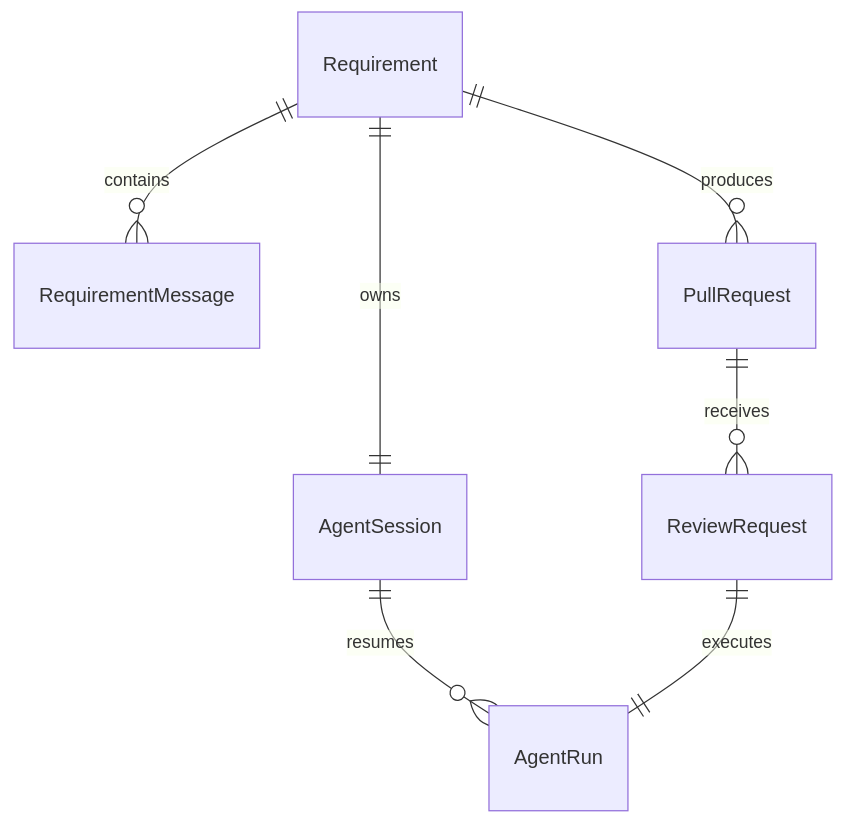
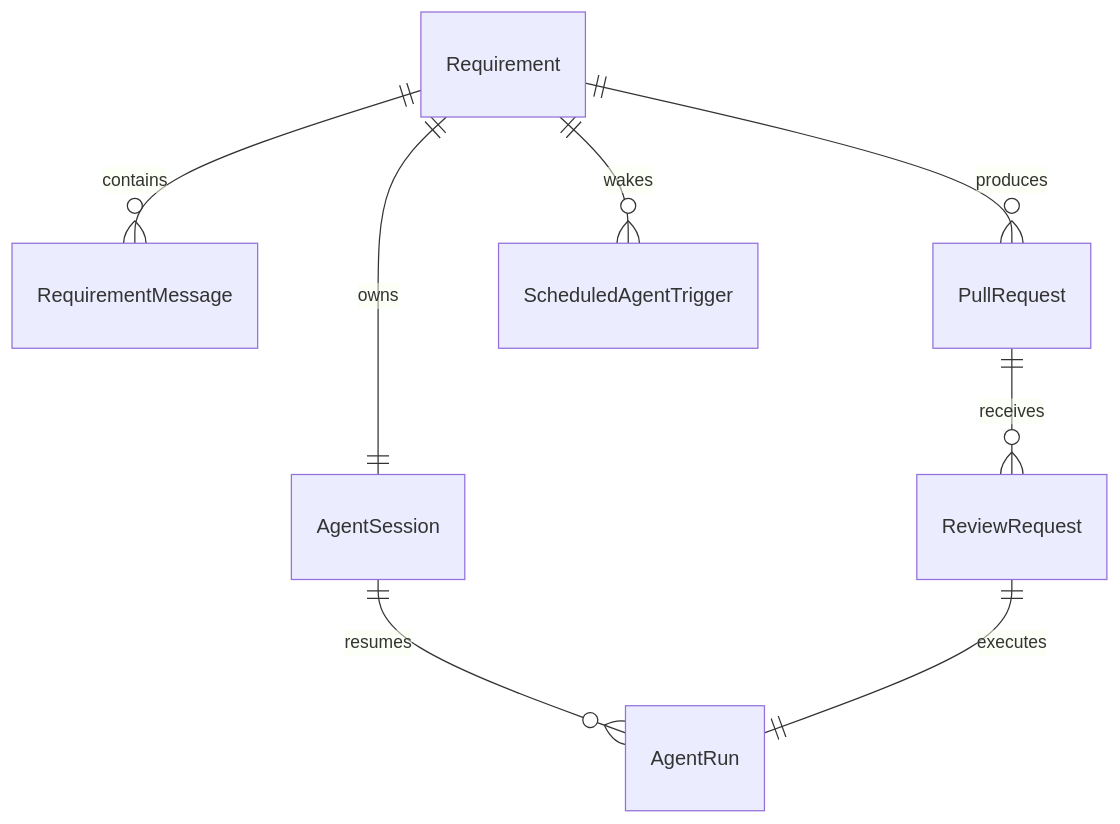
Before and after one commit to luohaha/code-factory: the first of 2 diagrams in docs/architecture.en.md, drawn with Mermaid. The commit also changed other lines of this file and 22 other files, not shown here.

Commit message:
feat: add scheduled agent wake-up timers

```diff
--- a/docs/architecture.en.md
+++ b/docs/architecture.en.md
@@ -15,9 +15,10 @@
 ~~~mermaid
 erDiagram
   Requirement ||--|| AgentSession : owns
   Requirement ||--o{ RequirementMessage : contains
   Requirement ||--o{ PullRequest : produces
+  Requirement ||--o{ ScheduledAgentTrigger : wakes
   AgentSession ||--o{ AgentRun : resumes
   PullRequest ||--o{ ReviewRequest : receives
   ReviewRequest ||--|| AgentRun : executes
 ~~~
```
